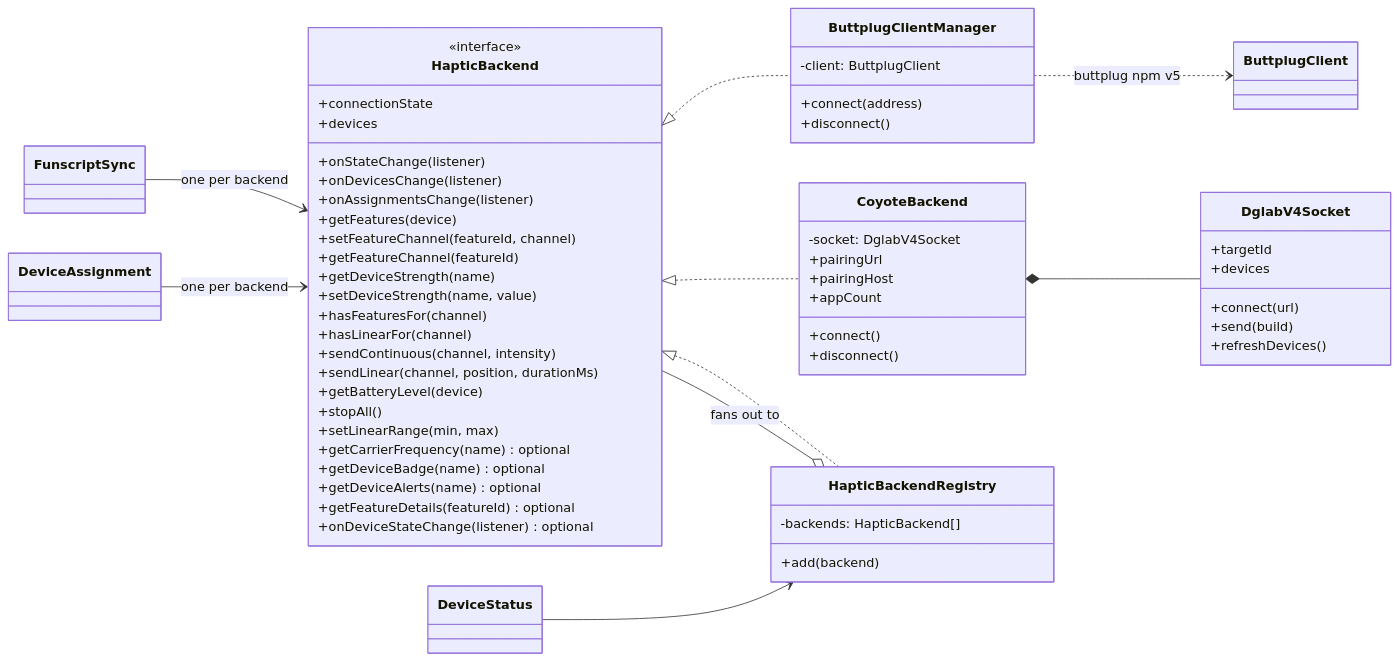
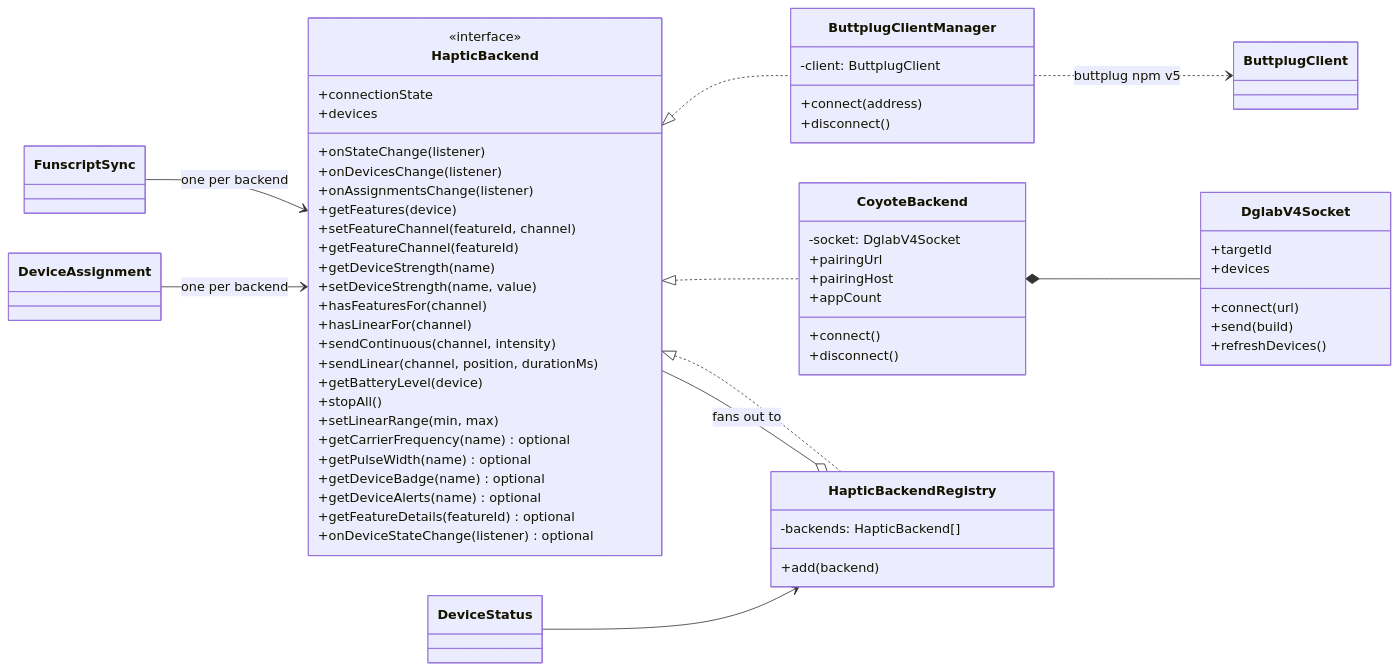
The second of 7 diagrams in docs/developer/haptics.md (lumbar-spine-support/docker-haptic-player), drawn with Mermaid before and after one commit. The commit also changed other lines of this file and 7 other files, not shown here.

````diff
--- a/docs/developer/haptics.md
+++ b/docs/developer/haptics.md
@@ -51,68 +51,69 @@
 ```mermaid
 classDiagram
   direction LR
   class HapticBackend {
     <<interface>>
     +connectionState
     +devices
     +onStateChange(listener)
     +onDevicesChange(listener)
     +onAssignmentsChange(listener)
     +getFeatures(device)
     +setFeatureChannel(featureId, channel)
     +getFeatureChannel(featureId)
     +getDeviceStrength(name)
     +setDeviceStrength(name, value)
     +hasFeaturesFor(channel)
     +hasLinearFor(channel)
     +sendContinuous(channel, intensity)
     +sendLinear(channel, position, durationMs)
     +getBatteryLevel(device)
     +stopAll()
     +setLinearRange(min, max)
     +getCarrierFrequency(name) optional
+    +getPulseWidth(name) optional
     +getDeviceBadge(name) optional
     +getDeviceAlerts(name) optional
     +getFeatureDetails(featureId) optional
     +onDeviceStateChange(listener) optional
   }
 
   class ButtplugClientManager {
     -client: ButtplugClient
     +connect(address)
     +disconnect()
   }
   class CoyoteBackend {
     -socket: DglabV4Socket
     +connect()
     +disconnect()
     +pairingUrl
     +pairingHost
     +appCount
   }
   class HapticBackendRegistry {
     -backends: HapticBackend[]
     +add(backend)
   }
   class DglabV4Socket {
     +connect(url)
     +send(build)
     +refreshDevices()
     +targetId
     +devices
   }
 
   HapticBackend <|.. ButtplugClientManager
   HapticBackend <|.. CoyoteBackend
   HapticBackend <|.. HapticBackendRegistry
   HapticBackendRegistry o-- HapticBackend : fans out to
   CoyoteBackend *-- DglabV4Socket
   ButtplugClientManager ..> ButtplugClient : buttplug npm v5
 
   class FunscriptSync
   class DeviceAssignment
   class DeviceStatus
   FunscriptSync --> HapticBackend : one per backend
   DeviceAssignment --> HapticBackend : one per backend
   DeviceStatus --> HapticBackendRegistry
 ```
````
